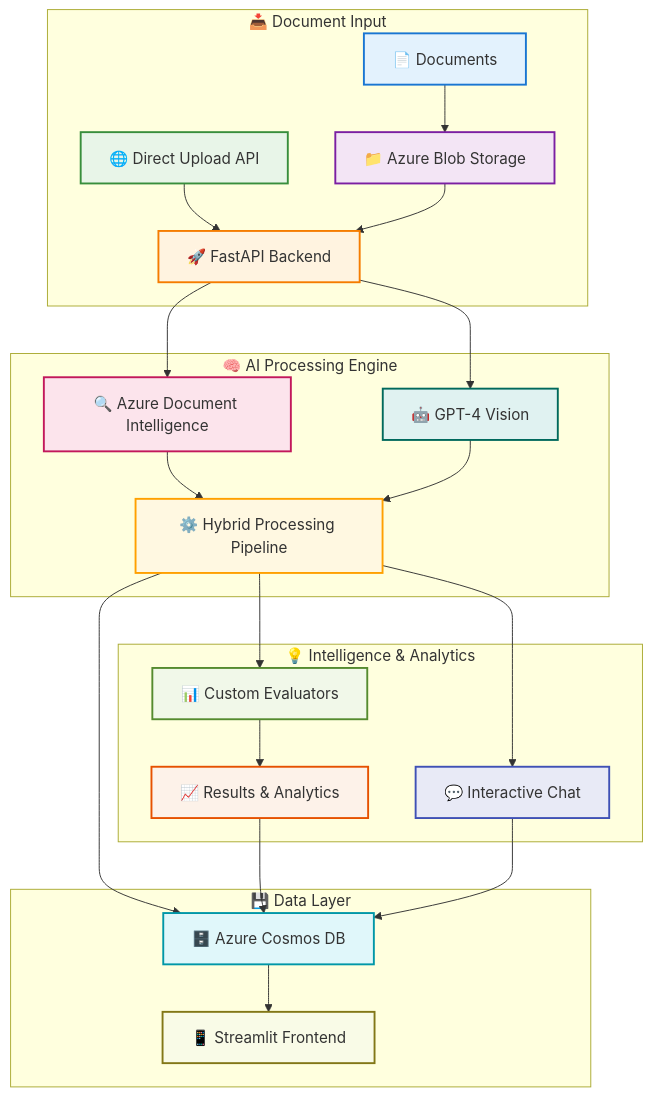
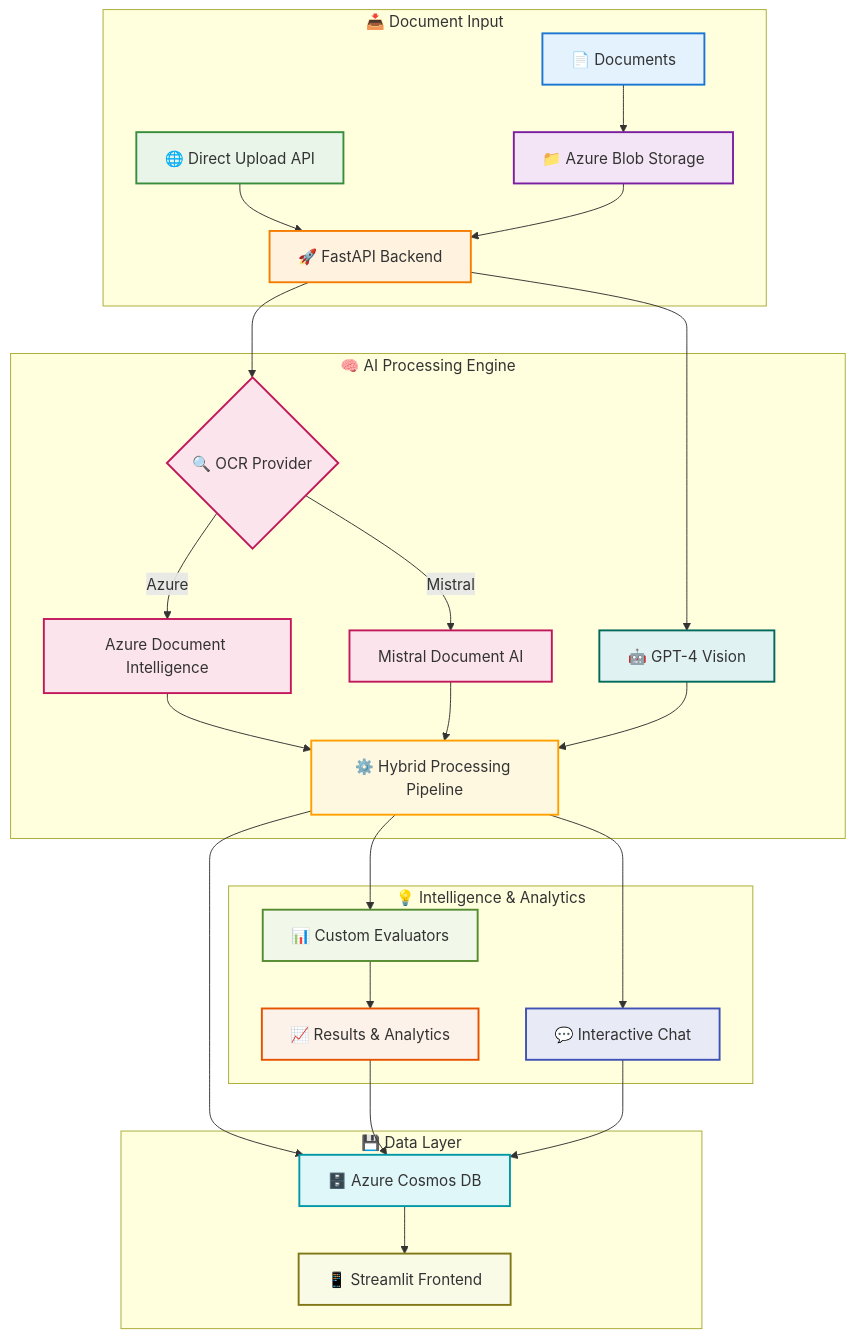
One commit to Azure-Samples/ARGUS changed the diagram in README.md. Above: the diagram before and after it, drawn with Mermaid. The commit also changed other lines of this file and 11 other files, not shown here.

Commit message:
Added support for Mistral Document AI

````diff
--- a/README.md
+++ b/README.md
@@ -75,41 +76,46 @@
 ```mermaid
 graph TB
     subgraph "📥 Document Input"
         A[📄 Documents] --> B[📁 Azure Blob Storage]
         C[🌐 Direct Upload API] --> D[🚀 FastAPI Backend]
     end
     
     subgraph "🧠 AI Processing Engine"
         B --> D
-        D --> E[🔍 Azure Document Intelligence]
+        D --> E{🔍 OCR Provider}
+        E -->|Azure| E1[Azure Document Intelligence]
+        E -->|Mistral| E2[Mistral Document AI]
         D --> F[🤖 GPT-4 Vision]
-        E --> G[⚙️ Hybrid Processing Pipeline]
+        E1 --> G[⚙️ Hybrid Processing Pipeline]
+        E2 --> G
         F --> G
     end
     
     subgraph "💡 Intelligence & Analytics"
         G --> H[📊 Custom Evaluators]
         G --> I[💬 Interactive Chat]
         H --> J[📈 Results & Analytics]
     end
     
     subgraph "💾 Data Layer"
         G --> K[🗄️ Azure Cosmos DB]
         J --> K
         I --> K
         K --> L[📱 Streamlit Frontend]
     end
     
     style A fill:#e3f2fd,stroke:#1976d2,stroke-width:2px
     style B fill:#f3e5f5,stroke:#7b1fa2,stroke-width:2px
     style C fill:#e8f5e8,stroke:#388e3c,stroke-width:2px
     style D fill:#fff3e0,stroke:#f57c00,stroke-width:2px
     style E fill:#fce4ec,stroke:#c2185b,stroke-width:2px
+    style E1 fill:#fce4ec,stroke:#c2185b,stroke-width:2px
+    style E2 fill:#fce4ec,stroke:#c2185b,stroke-width:2px
     style F fill:#e0f2f1,stroke:#00695c,stroke-width:2px
     style G fill:#fff8e1,stroke:#ffa000,stroke-width:2px
     style H fill:#f1f8e9,stroke:#558b2f,stroke-width:2px
     style I fill:#e8eaf6,stroke:#3f51b5,stroke-width:2px
     style J fill:#fdf2e9,stroke:#e65100,stroke-width:2px
     style K fill:#e0f7fa,stroke:#0097a7,stroke-width:2px
     style L fill:#f9fbe7,stroke:#827717,stroke-width:2px
 ```
````
